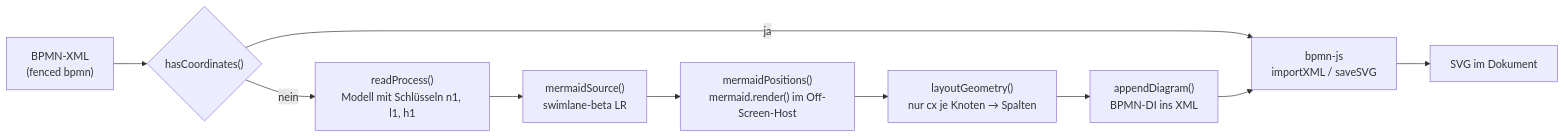
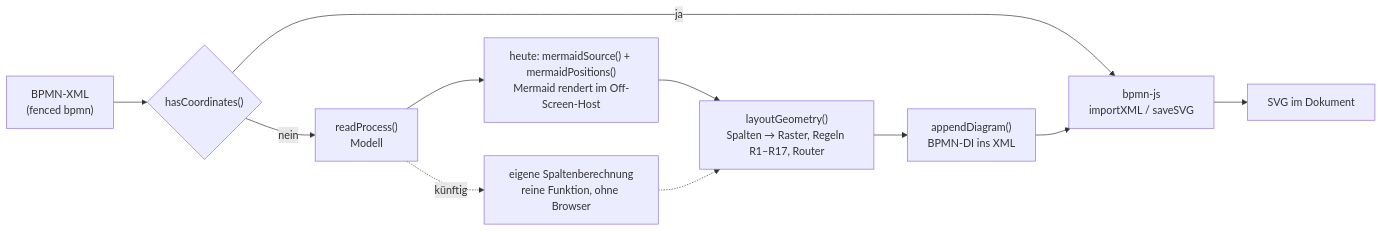
One commit to bschoetz/dokufix changed the diagram in docs/analyse-mermaid-im-bpmn-code.md. Above: the diagram before and after it, drawn with Mermaid. The commit also changed other lines of this file, not shown here.

First line of the commit message:
Docs: the Mermaid analysis as the basis for replacing Mermaid in the BPMN layout

````diff
--- a/docs/analyse-mermaid-im-bpmn-code.md
+++ b/docs/analyse-mermaid-im-bpmn-code.md
@@ -30,12 +45,13 @@
 ```mermaid
 flowchart LR
   A["BPMN-XML<br>(fenced bpmn)"] --> B{"hasCoordinates()"}
   B -- ja --> V["bpmn-js<br>importXML / saveSVG"]
-  B -- nein --> C["readProcess()<br>Modell mit Schlüsseln n1, l1, h1"]
-  C --> D["mermaidSource()<br>swimlane-beta LR"]
-  D --> E["mermaidPositions()<br>mermaid.render() im Off-Screen-Host"]
-  E --> F["layoutGeometry()<br>nur cx je Knoten → Spalten"]
+  B -- nein --> C["readProcess()<br>Modell"]
+  C --> D["heute: mermaidSource() + mermaidPositions()<br>Mermaid rendert im Off-Screen-Host"]
+  C -. künftig .-> N["eigene Spaltenberechnung<br>reine Funktion, ohne Browser"]
+  D --> F["layoutGeometry()<br>Spalten → Raster, Regeln R1–R17, Router"]
+  N -.-> F
   F --> G["appendDiagram()<br>BPMN-DI ins XML"]
   G --> V
   V --> S["SVG im Dokument"]
 ```
````
